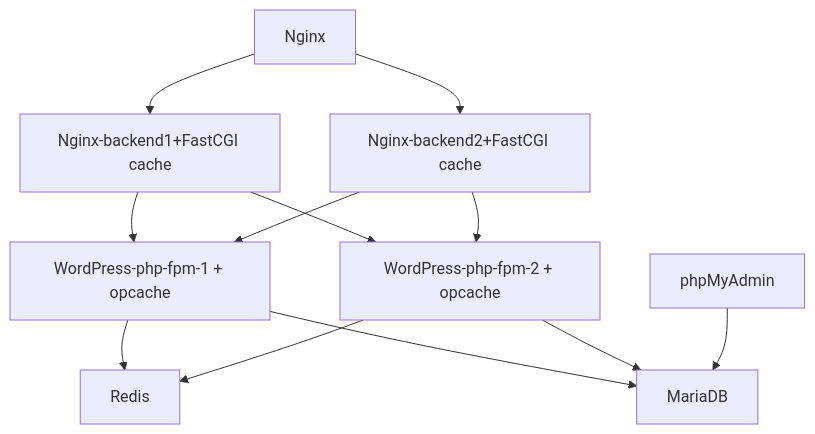
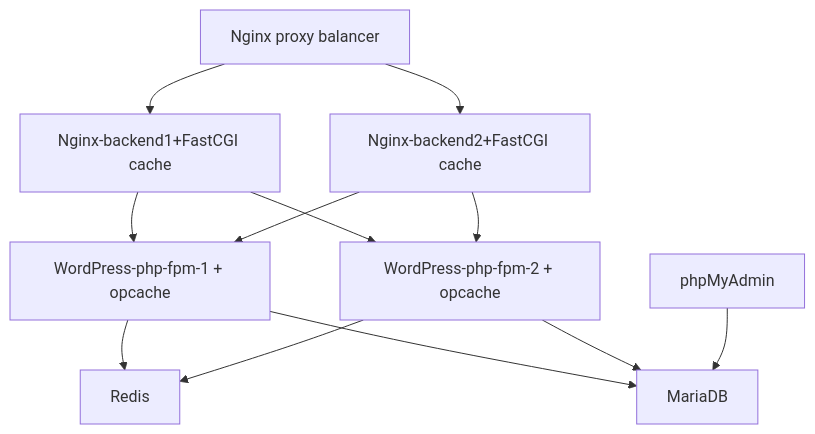
Before and after one commit to bestdzen/docker-compose-example: the diagram in README.md, drawn with Mermaid.

````diff
--- a/README.md
+++ b/README.md
@@ -23,14 +23,14 @@
 ```mermaid
 graph TD;
-    Nginx-->Nginx-backend1;
+    Nginx[Nginx proxy balancer]-->Nginx-backend1;
     Nginx-->Nginx-backend2;
     Nginx-backend1[Nginx-backend1+FastCGI cache]-->WordPress-php-fpm-1[WordPress-php-fpm-1 + opcache];
     Nginx-backend2[Nginx-backend2+FastCGI cache]-->WordPress-php-fpm-1;
     Nginx-backend1-->WordPress-php-fpm-2[WordPress-php-fpm-2 + opcache];;
     Nginx-backend2-->WordPress-php-fpm-2;
     WordPress-php-fpm-1-->Redis;    
     WordPress-php-fpm-1-->MariaDB;
     WordPress-php-fpm-2-->Redis;    
     WordPress-php-fpm-2-->MariaDB;
     phpMyAdmin-->MariaDB;
 ```
````
